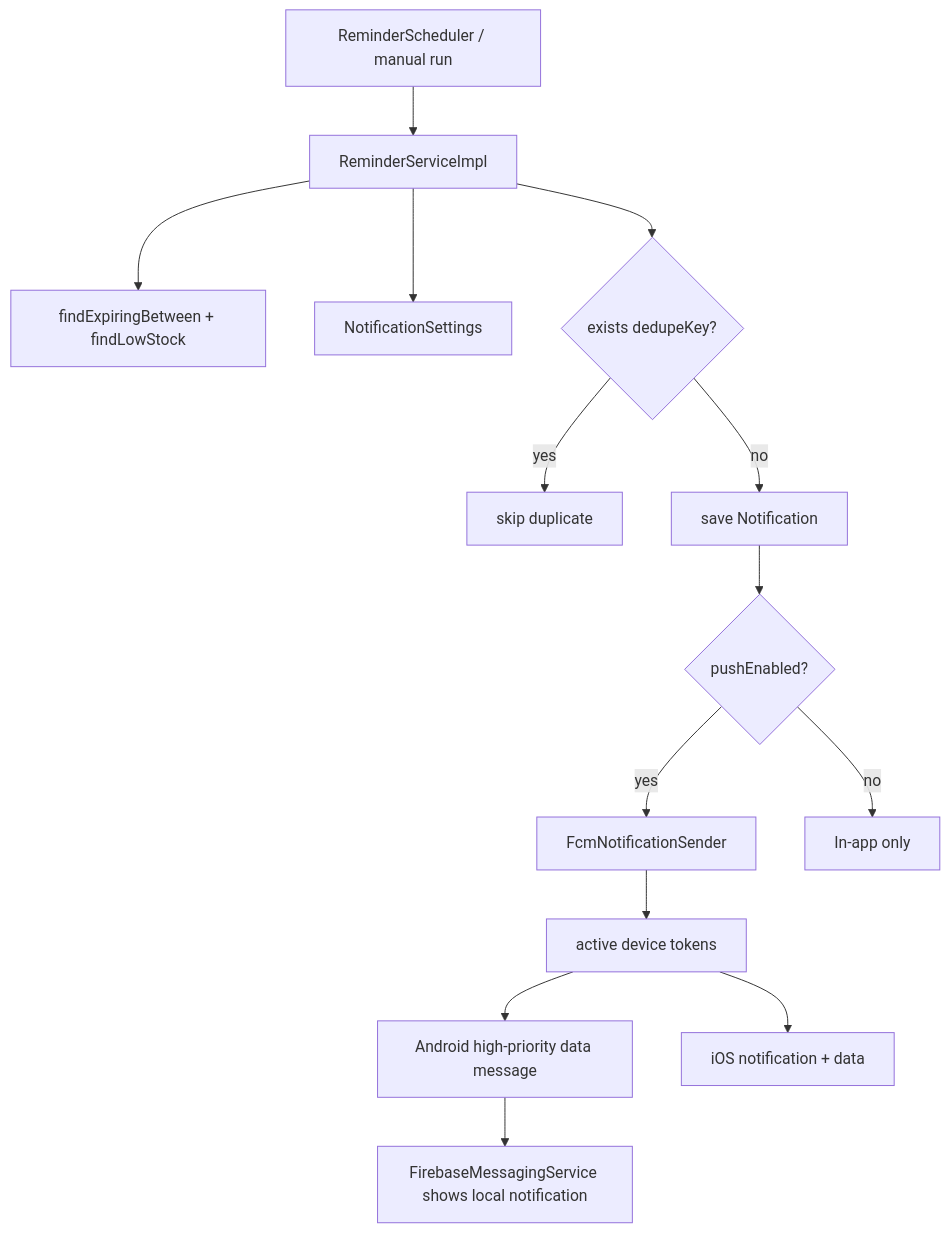
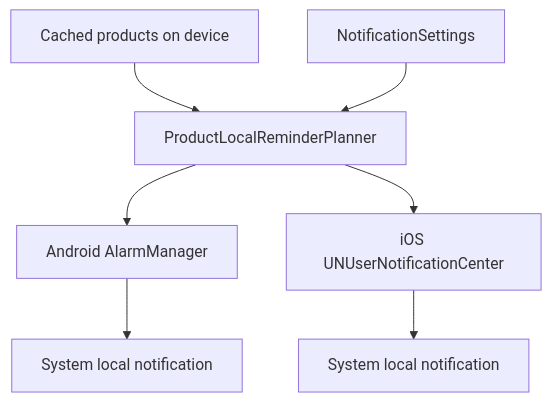
The eighth of 10 diagrams in docs/01_final_project_architecture_and_flows.md (LittlePony00/ProductInventory), drawn with Mermaid before and after one commit. The commit also changed other lines of this file and 22 other files, not shown here.

Commit message:
Move product reminders to local notifications

````diff
--- a/docs/01_final_project_architecture_and_flows.md
+++ b/docs/01_final_project_architecture_and_flows.md
@@ -496,16 +495,9 @@
 ```mermaid
 flowchart TB
-    Scheduler[ReminderScheduler / manual run] --> Reminder[ReminderServiceImpl]
-    Reminder --> Products[findExpiringBetween + findLowStock]
-    Reminder --> Settings[NotificationSettings]
-    Reminder --> Dedupe{exists dedupeKey?}
-    Dedupe -->|yes| Skip[skip duplicate]
-    Dedupe -->|no| Save[save Notification]
-    Save --> PushEnabled{pushEnabled?}
-    PushEnabled -->|yes| FCM[FcmNotificationSender]
-    PushEnabled -->|no| Inbox[In-app only]
-    FCM --> Tokens[active device tokens]
-    Tokens --> Android[Android high-priority data message]
-    Tokens --> IOS[iOS notification + data]
-    Android --> Local[FirebaseMessagingService shows local notification]
+    Products[Cached products on device] --> Planner[ProductLocalReminderPlanner]
+    Settings[NotificationSettings] --> Planner
+    Planner --> Android[Android AlarmManager]
+    Planner --> IOS[iOS UNUserNotificationCenter]
+    Android --> LocalAndroid[System local notification]
+    IOS --> LocalIOS[System local notification]
 ```
````
